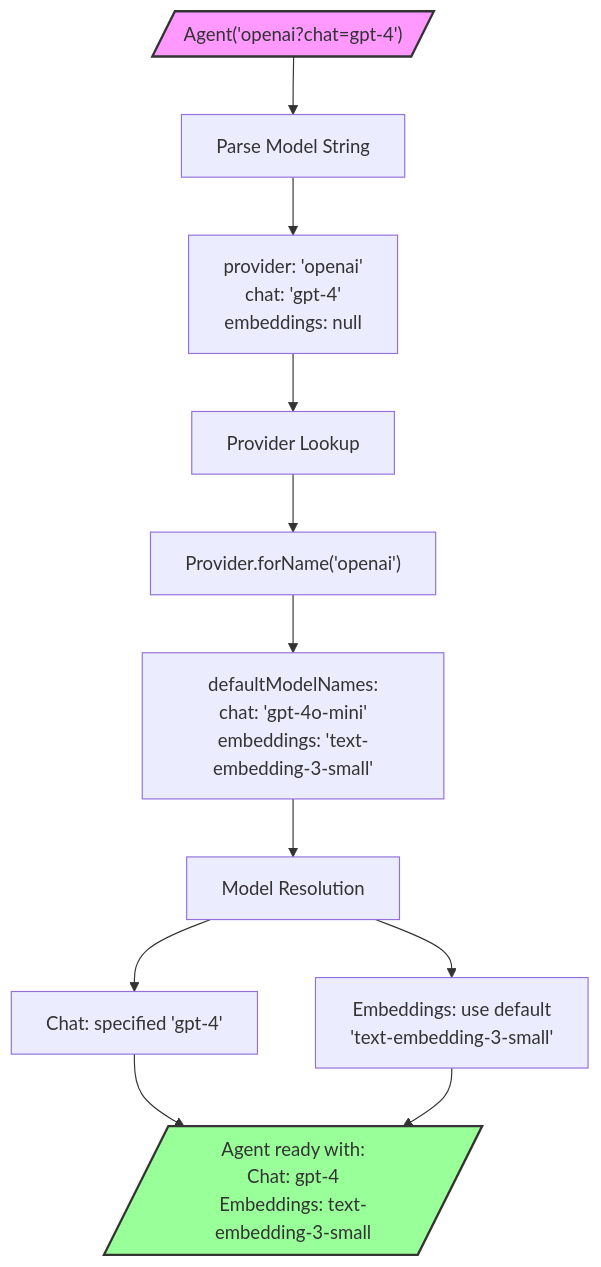
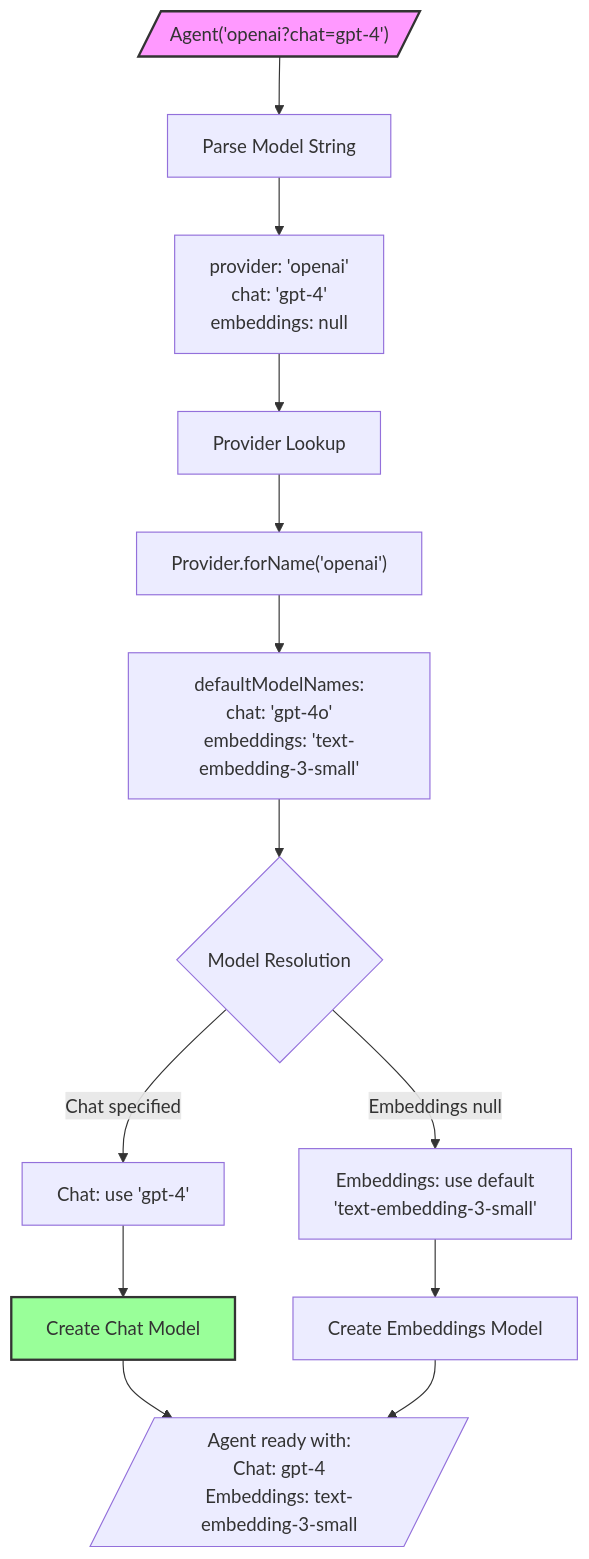
One commit to csells/langchain_dart changed the second of 2 diagrams in packages/langchain_compat/specs/MODEL_CONFIGURATION_SPEC.md. Above: the diagram before and after it, drawn with Mermaid. The commit also changed other lines of this file and 13 other files, not shown here.

````diff
--- a/packages/langchain_compat/specs/MODEL_CONFIGURATION_SPEC.md
+++ b/packages/langchain_compat/specs/MODEL_CONFIGURATION_SPEC.md
@@ -66,19 +66,22 @@
 ```mermaid
 flowchart TD
     A[/"Agent('openai?chat=gpt-4')"/] --> B[Parse Model String]
     B --> C["provider: 'openai'<br/>chat: 'gpt-4'<br/>embeddings: null"]
     
     C --> D[Provider Lookup]
     D --> E["Provider.forName('openai')"]
-    E --> F["defaultModelNames:<br/>chat: 'gpt-4o-mini'<br/>embeddings: 'text-embedding-3-small'"]
+    E --> F["defaultModelNames:<br/>chat: 'gpt-4o'<br/>embeddings: 'text-embedding-3-small'"]
     
-    F --> G[Model Resolution]
-    G --> H["Chat: specified 'gpt-4'"]
-    G --> I["Embeddings: use default<br/>'text-embedding-3-small'"]
+    F --> G{Model Resolution}
+    G -->|Chat specified| H["Chat: use 'gpt-4'"]
+    G -->|Embeddings null| I["Embeddings: use default<br/>'text-embedding-3-small'"]
     
-    H --> J[/"Agent ready with:<br/>Chat: gpt-4<br/>Embeddings: text-embedding-3-small"/]
-    I --> J
+    H --> J[Create Chat Model]
+    I --> K[Create Embeddings Model]
+    
+    J --> L[/"Agent ready with:<br/>Chat: gpt-4<br/>Embeddings: text-embedding-3-small"/]
+    K --> L
     
     style A fill:#f9f,stroke:#333,stroke-width:2px
     style J fill:#9f9,stroke:#333,stroke-width:2px
 ```
````
